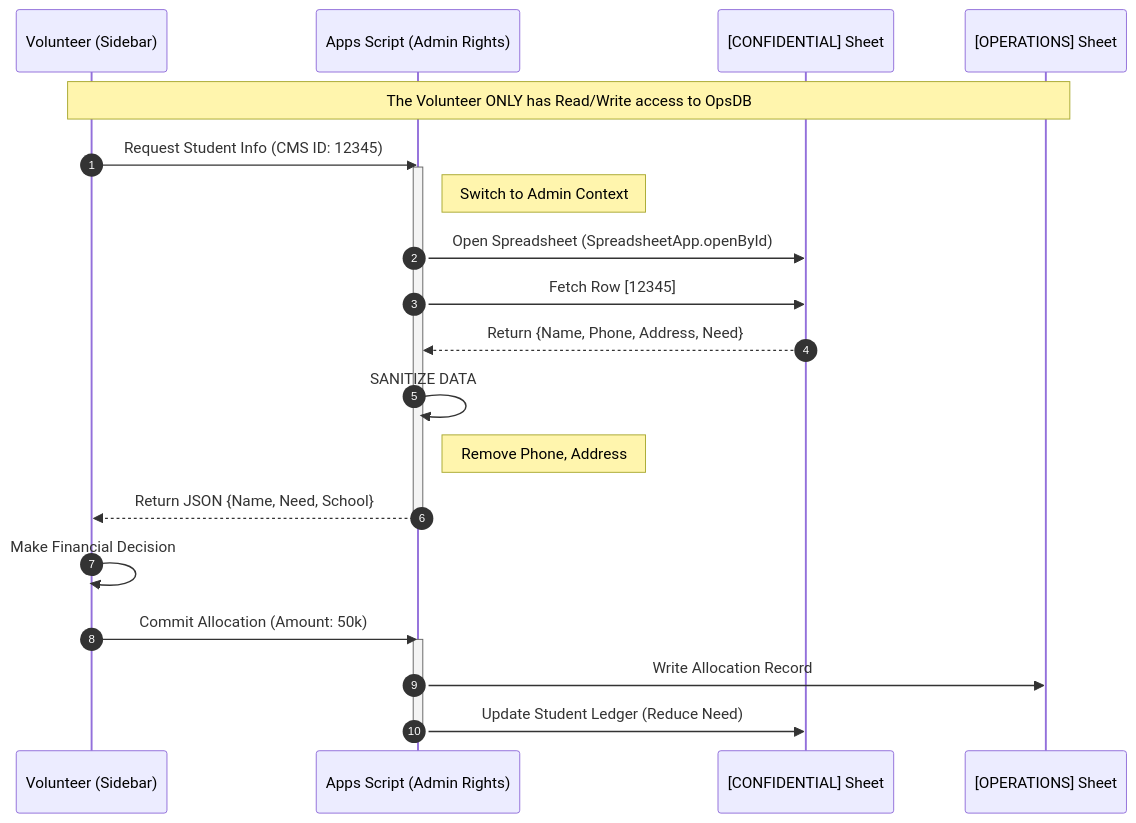
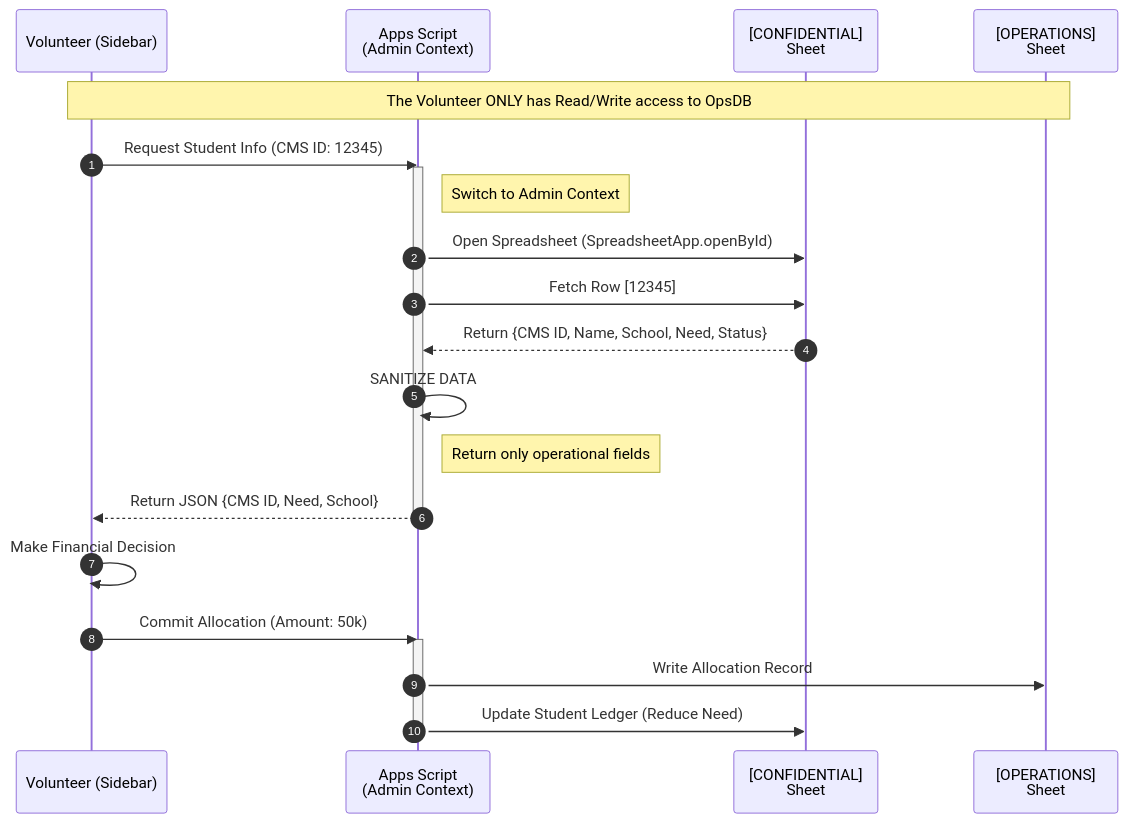
Before and after one commit to ahuraira/nust-lifeline-automation: the third of 5 diagrams in docs/ARCHITECTURE.md, drawn with Mermaid. The commit also changed other lines of this file and 26 other files, not shown here.

````diff
--- a/docs/ARCHITECTURE.md
+++ b/docs/ARCHITECTURE.md
@@ -59,32 +153,32 @@
 ```mermaid
 sequenceDiagram
     autonumber
     participant Vol as Volunteer (Sidebar)
-    participant Server as Apps Script (Admin Rights)
-    participant SecureDB as [CONFIDENTIAL] Sheet
-    participant OpsDB as [OPERATIONS] Sheet
+    participant Server as Apps Script<br/>(Admin Context)
+    participant SecureDB as [CONFIDENTIAL]<br/>Sheet
+    participant OpsDB as [OPERATIONS]<br/>Sheet
 
     Note over Vol, OpsDB: The Volunteer ONLY has Read/Write access to OpsDB
     
     Vol->>Server: Request Student Info (CMS ID: 12345)
     
     activate Server
     Note right of Server: Switch to Admin Context
     Server->>SecureDB: Open Spreadsheet (SpreadsheetApp.openById)
     Server->>SecureDB: Fetch Row [12345]
-    SecureDB-->>Server: Return {Name, Phone, Address, Need}
+    SecureDB-->>Server: Return {CMS ID, Name, School, Need, Status}
     
     Server->>Server: SANITIZE DATA
-    Note right of Server: Remove Phone, Address
+    Note right of Server: Return only operational fields
     
-    Server-->>Vol: Return JSON {Name, Need, School}
+    Server-->>Vol: Return JSON {CMS ID, Need, School}
     deactivate Server
     
     Vol->>Vol: Make Financial Decision
     Vol->>Server: Commit Allocation (Amount: 50k)
     
     activate Server
     Server->>OpsDB: Write Allocation Record
     Server->>SecureDB: Update Student Ledger (Reduce Need)
     deactivate Server
 ```
````
